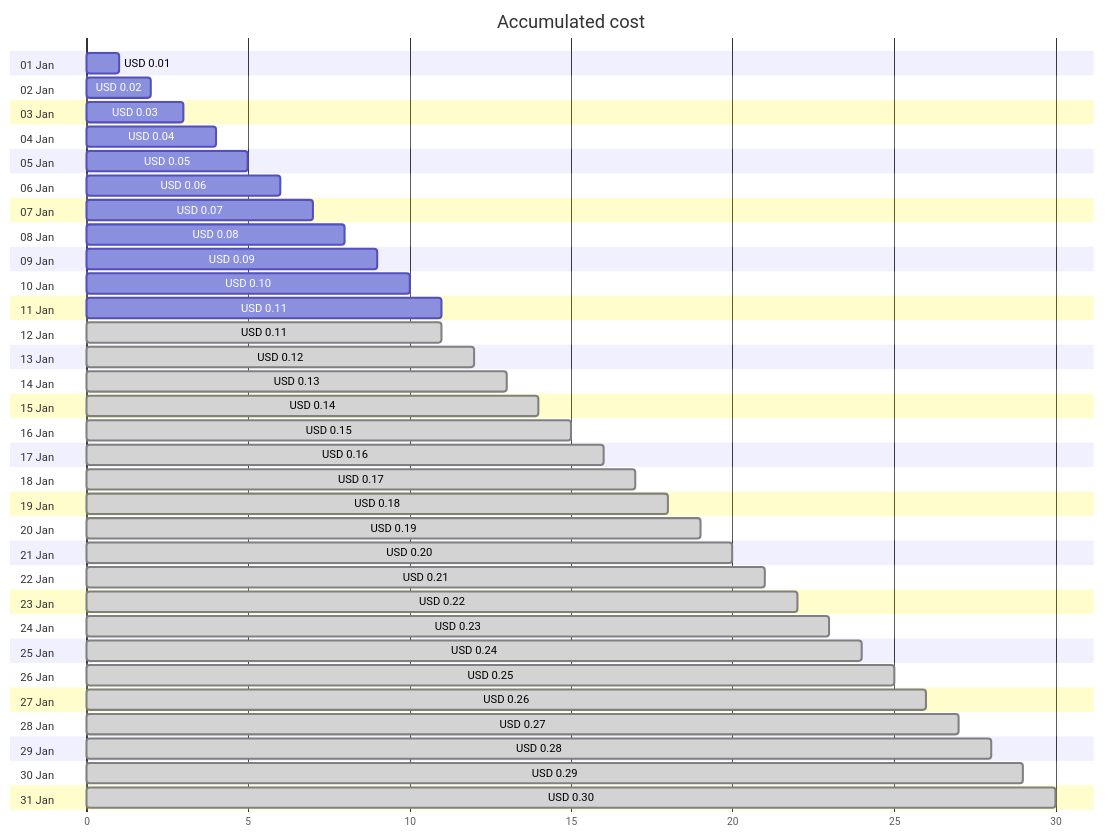
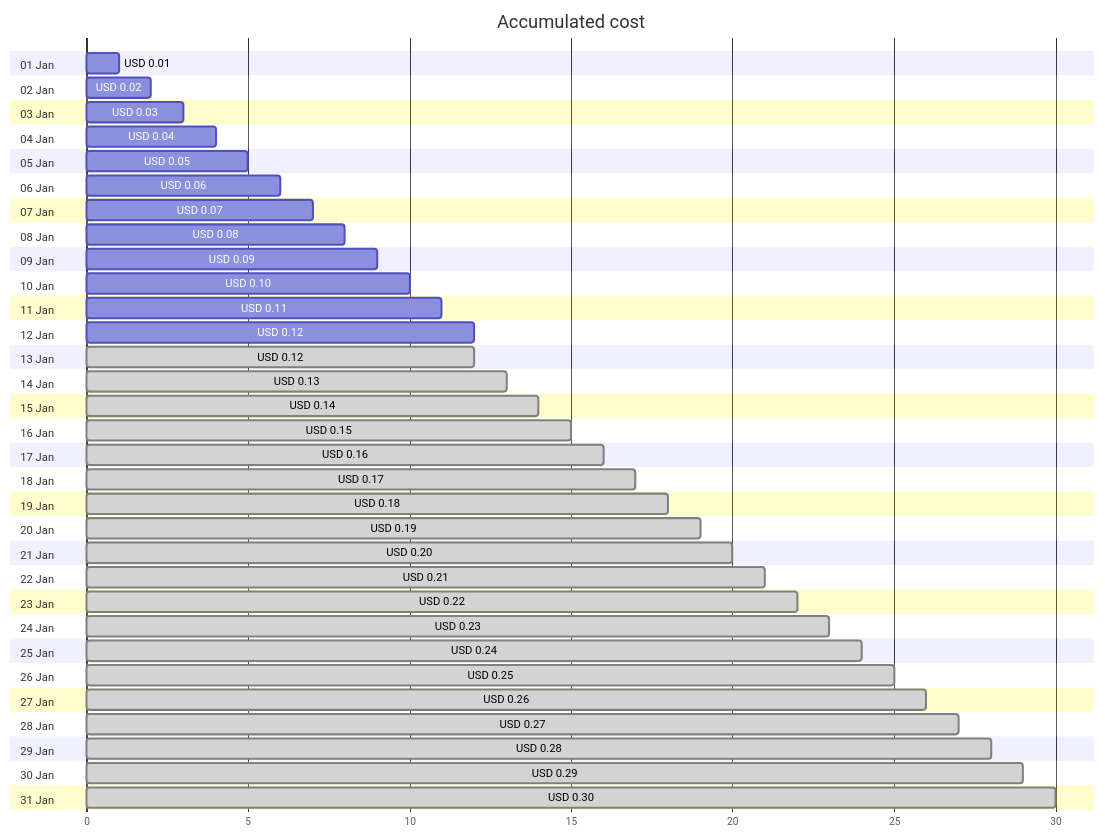
One commit to jpfulton/azure-personal-reports changed the first of 4 diagrams in cost-reports/cloud-shell-storage-eastus/README.md. Above: the diagram before and after it, drawn with Mermaid. The commit also changed other lines of this file and 1 other file, not shown here.

````diff
--- a/cost-reports/cloud-shell-storage-eastus/README.md
+++ b/cost-reports/cloud-shell-storage-eastus/README.md
@@ -20,68 +20,68 @@
 ```mermaid
 gantt
    title Accumulated cost
    dateFormat  X
    axisFormat %s
    section 01 Jan
    USD 0.01 :0, 1
    section 02 Jan
    USD 0.02 :0, 2
    section 03 Jan
    USD 0.03 :0, 3
    section 04 Jan
    USD 0.04 :0, 4
    section 05 Jan
    USD 0.05 :0, 5
    section 06 Jan
    USD 0.06 :0, 6
    section 07 Jan
    USD 0.07 :0, 7
    section 08 Jan
    USD 0.08 :0, 8
    section 09 Jan
    USD 0.09 :0, 9
    section 10 Jan
    USD 0.10 :0, 10
    section 11 Jan
    USD 0.11 :0, 11
    section 12 Jan
-   USD 0.11 : done, 0, 11
+   USD 0.12 :0, 12
    section 13 Jan
    USD 0.12 : done, 0, 12
    section 14 Jan
    USD 0.13 : done, 0, 13
    section 15 Jan
    USD 0.14 : done, 0, 14
    section 16 Jan
    USD 0.15 : done, 0, 15
    section 17 Jan
    USD 0.16 : done, 0, 16
    section 18 Jan
    USD 0.17 : done, 0, 17
    section 19 Jan
    USD 0.18 : done, 0, 18
    section 20 Jan
    USD 0.19 : done, 0, 19
    section 21 Jan
    USD 0.20 : done, 0, 20
    section 22 Jan
    USD 0.21 : done, 0, 21
    section 23 Jan
    USD 0.22 : done, 0, 22
    section 24 Jan
    USD 0.23 : done, 0, 23
    section 25 Jan
    USD 0.24 : done, 0, 24
    section 26 Jan
    USD 0.25 : done, 0, 25
    section 27 Jan
    USD 0.26 : done, 0, 26
    section 28 Jan
    USD 0.27 : done, 0, 27
    section 29 Jan
    USD 0.28 : done, 0, 28
    section 30 Jan
    USD 0.29 : done, 0, 29
    section 31 Jan
    USD 0.30 : done, 0, 30
 ```
````
